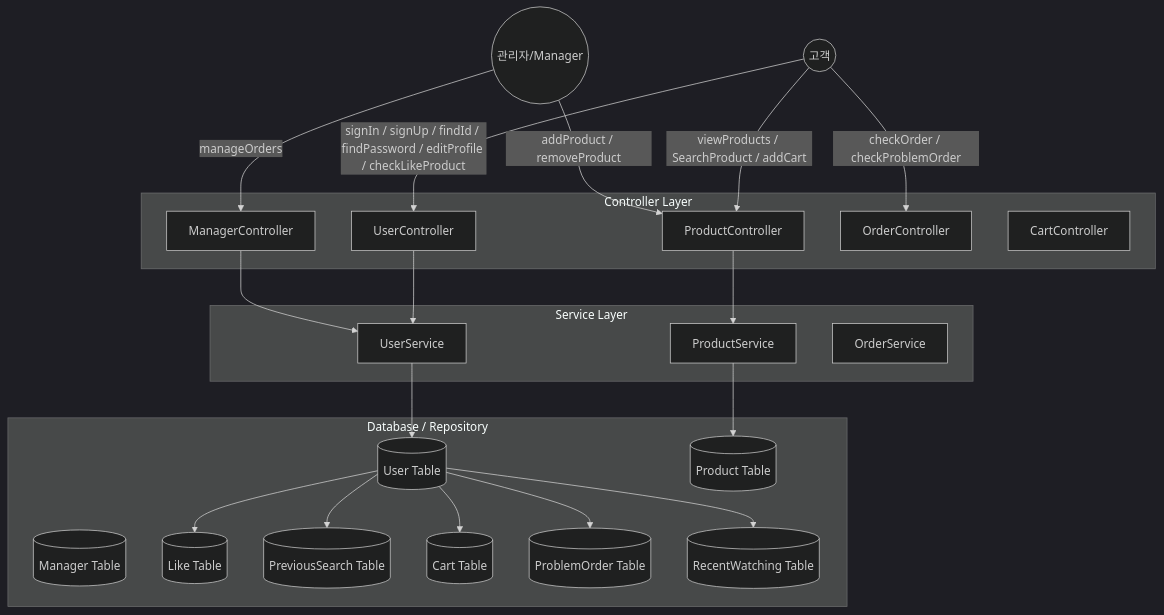
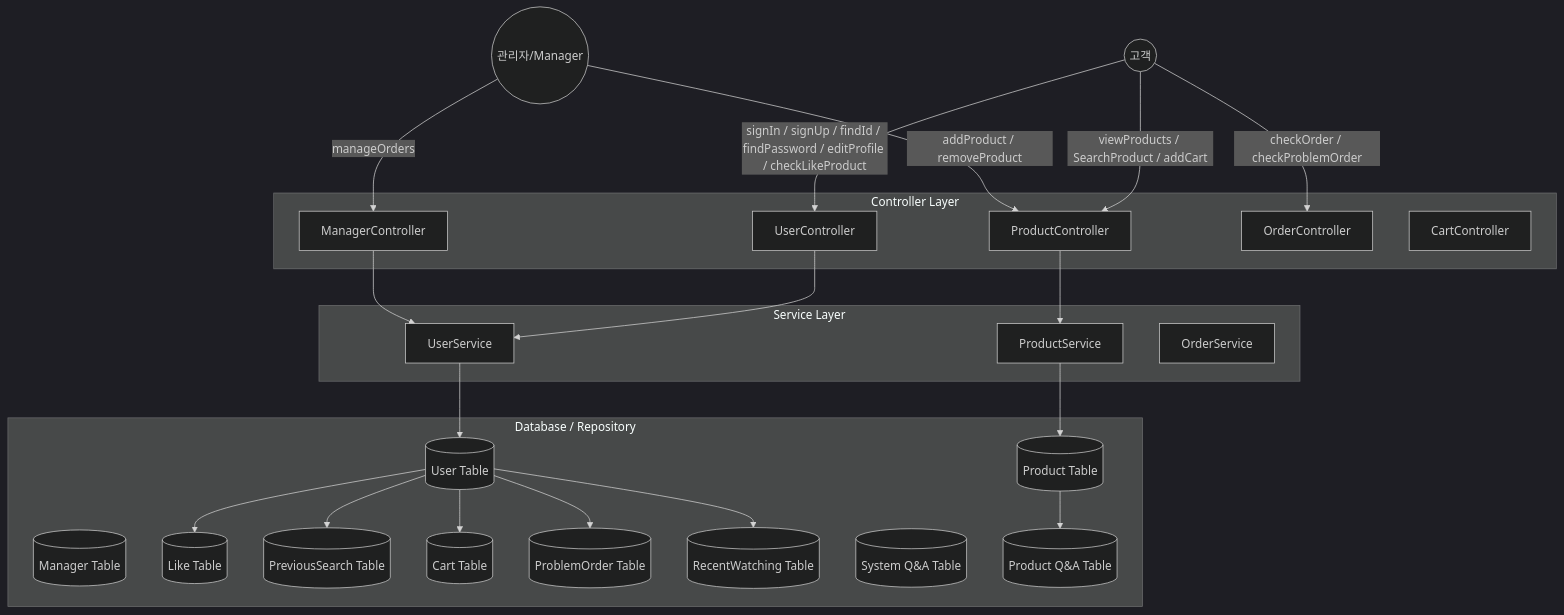
The diagram in Project/ShoppingMall/ShoppingMall Main System diagram.md (potatostore/Obsidian), drawn with Mermaid (dark theme) before and after one commit.

Commit message:
vault backup: 2026-03-09 15:54:43

````diff
--- a/Project/ShoppingMall/ShoppingMall Main System diagram.md
+++ b/Project/ShoppingMall/ShoppingMall Main System diagram.md
@@ -1,45 +1,49 @@
 ```mermaid
 ---
 config:
 layout: dagre
 ---
 flowchart TB
 	subgraph Controller_Layer["Controller Layer"]
 	UC["UserController"]
 	EC["ManagerController"]
 	PC["ProductController"]
 	OC["OrderController"]
 	CC["CartController"] 
 end
   
 subgraph Service_Layer["Service Layer"]
 	US["UserService"]
 	PS["ProductService"]
 	OS["OrderService"]
 end
 
 subgraph DB["Database / Repository"]
 	UserTable[("User Table")]
 	ProdTable[("Product Table")]
 	ManTable[("Manager Table")]
 	LikeTable[("Like Table")]
 	PreviousSearchTable[("PreviousSearch Table")]
 	CartTable[("Cart Table")]
 	ProblemOrderTable[("ProblemOrder Table")]
 	RecentWatchingTable[("RecentWatching Table")]
+	SystemQATable[("System Q&A Table")]
+	ProductQATable[("Product Q&A Table")]
 end
 
 User(("고객")) -- signIn / signUp / findId / findPassword / editProfile / checkLikeProduct --> UC
 User -- viewProducts / SearchProduct / addCart --> PC
 User -- checkOrder / checkProblemOrder --> OC
 Admin(("관리자/Manager")) -- manageOrders --> EC
 Admin -- addProduct / removeProduct --> PC
 
 UC --> US
 EC --> US
 PC --> PS
 US --> UserTable
 PS --> ProdTable
 
 UserTable --> LikeTable & PreviousSearchTable & CartTable & ProblemOrderTable & RecentWatchingTable
+ProdTable --> ProductQATable
+
 ```
````
